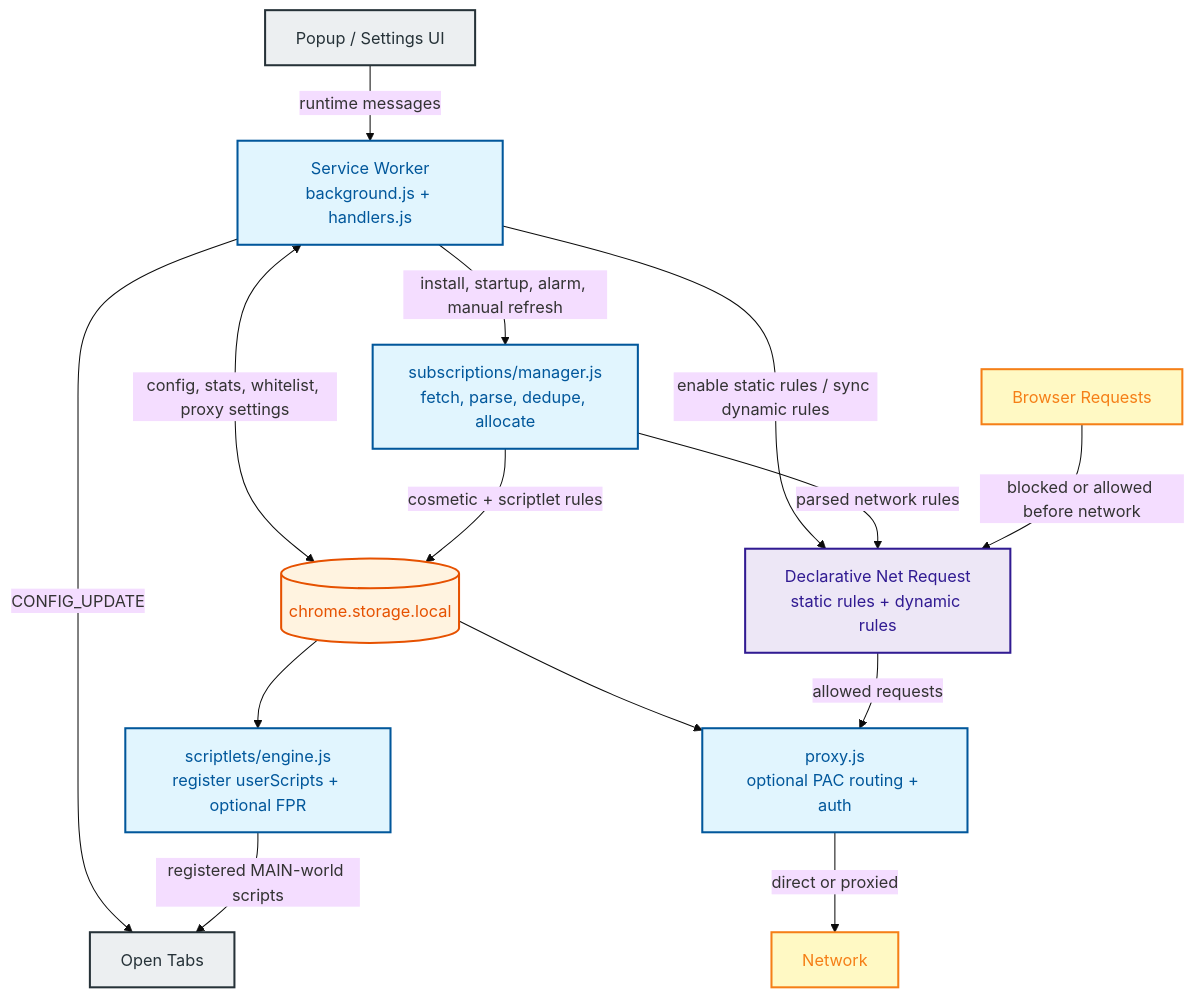
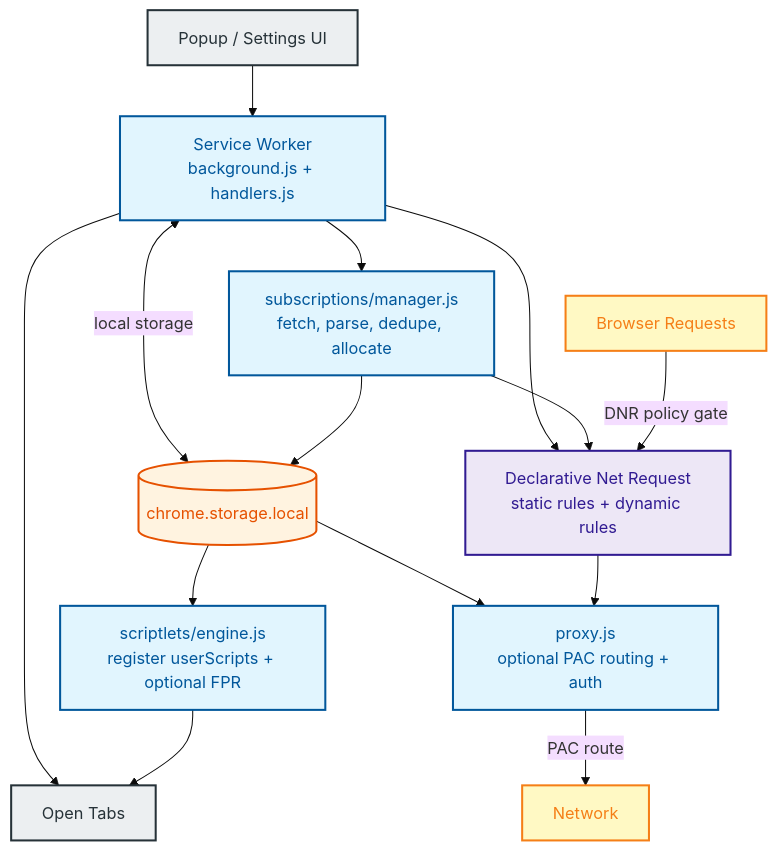
The second of 2 diagrams in README.md (Dabrogost/Chroma-Ad-Blocker), drawn with Mermaid (base theme) before and after one commit. The commit also changed other lines of this file, not shown here.

````diff
--- a/README.md
+++ b/README.md
@@ -86,35 +87,35 @@
 ```mermaid
 graph TD
     classDef sw fill:#e1f5fe,color:#01579b,stroke:#01579b,stroke-width:2px
     classDef storage fill:#fff3e0,color:#e65100,stroke:#e65100,stroke-width:2px
     classDef dnr fill:#ede7f6,color:#311b92,stroke:#311b92,stroke-width:2px
     classDef browser fill:#fff9c4,color:#f57f17,stroke:#f57f17,stroke-width:2px
     classDef actor fill:#eceff1,color:#263238,stroke:#263238,stroke-width:2px
 
     UI["Popup / Settings UI"]:::actor
     SW["Service Worker<br/>background.js + handlers.js"]:::sw
     STORE[("chrome.storage.local")]:::storage
     SUBS["subscriptions/manager.js<br/>fetch, parse, dedupe, allocate"]:::sw
     SCRIPTS["scriptlets/engine.js<br/>register userScripts + optional FPR"]:::sw
     DNR["Declarative Net Request<br/>static rules + dynamic rules"]:::dnr
     PROXY["proxy.js<br/>optional PAC routing + auth"]:::sw
     REQ["Browser Requests"]:::browser
     NET["Network"]:::browser
     TABS["Open Tabs"]:::actor
 
-    UI -->|"runtime messages"| SW
-    SW <-->|"config, stats, whitelist, proxy settings"| STORE
-    SW -->|"CONFIG_UPDATE"| TABS
-    SW -->|"enable static rules / sync dynamic rules"| DNR
+    UI --> SW
+    SW <-->|"local storage"| STORE
+    SW --> TABS
+    SW --> DNR
 
-    SW -->|"install, startup, alarm, manual refresh"| SUBS
-    SUBS -->|"parsed network rules"| DNR
-    SUBS -->|"cosmetic + scriptlet rules"| STORE
+    SW --> SUBS
+    SUBS --> DNR
+    SUBS --> STORE
     STORE --> SCRIPTS
-    SCRIPTS -->|"registered MAIN-world scripts"| TABS
+    SCRIPTS --> TABS
 
     STORE --> PROXY
-    REQ -->|"blocked or allowed before network"| DNR
-    DNR -->|"allowed requests"| PROXY
-    PROXY -->|"direct or proxied"| NET
+    REQ -->|"DNR policy gate"| DNR
+    DNR --> PROXY
+    PROXY -->|"PAC route"| NET
 ```
````
